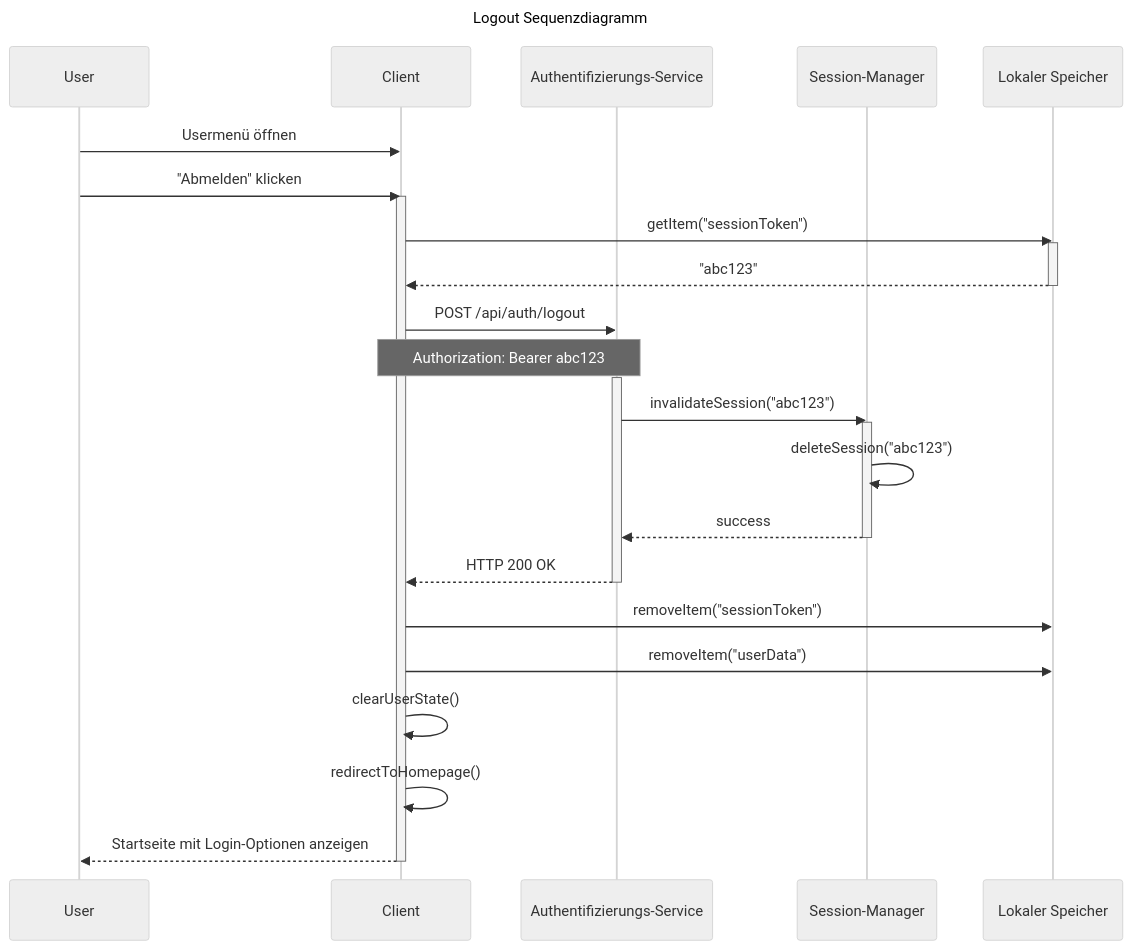
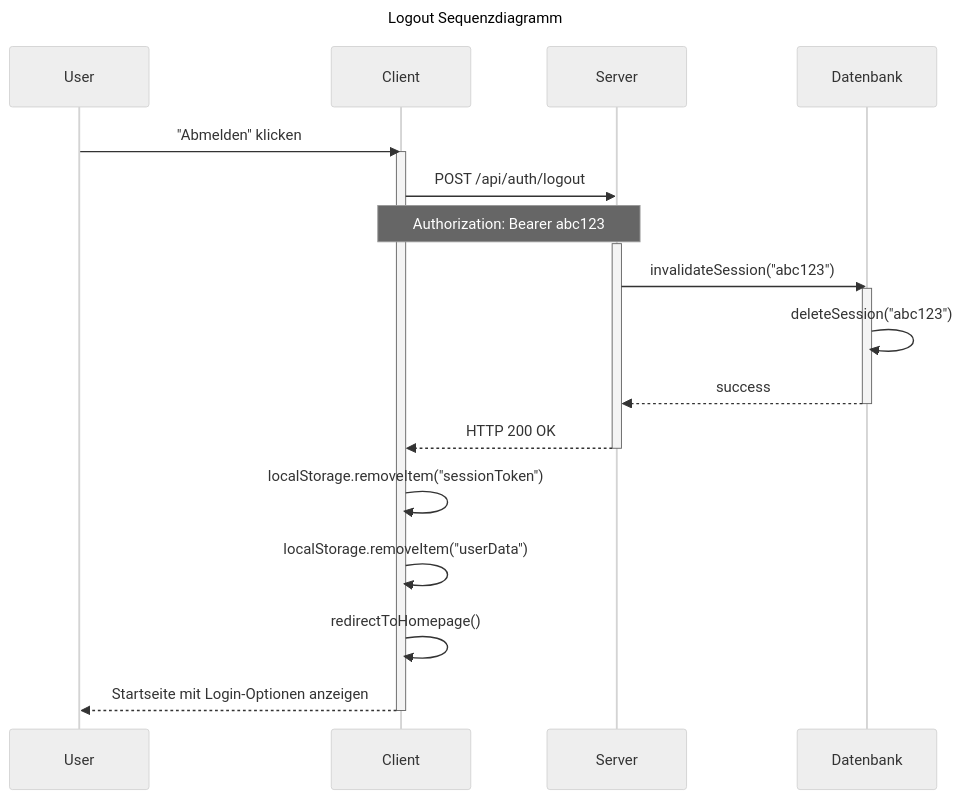
The diagram in srs/account_management/logout/logout.md (Hexfields-Studio/HexfieldsDominion-Artefacts), drawn with Mermaid (neutral theme) before and after one commit. The commit also changed 7 other files, not shown here.

Commit message:
Changed Sequence Diagrams, added logo to stand-in GitHub-Pages HTML

````diff
--- a/srs/account_management/logout/logout.md
+++ b/srs/account_management/logout/logout.md
@@ -28,39 +28,31 @@
 ```mermaid
 sequenceDiagram
     title Logout Sequenzdiagramm
 
     participant User
     participant Client
-    participant Auth as Authentifizierungs-Service
-    participant Sesh as Session-Manager
-    participant Local as Lokaler Speicher
+    participant Server
+    participant Datenbank
 
-    User->>Client: Usermenü öffnen
     User->>Client: "Abmelden" klicken
     activate Client
     
-    Client->>Local: getItem("sessionToken")
-    activate Local
-    Local-->>Client: "abc123"
-    deactivate Local
+    Client->>Server: POST /api/auth/logout
+    note over Client,Server: Authorization: Bearer abc123
+    activate Server
     
-    Client->>Auth: POST /api/auth/logout
-    note over Client,Auth: Authorization: Bearer abc123
-    activate Auth
+    Server->>Datenbank: invalidateSession("abc123")
+    activate Datenbank
+    Datenbank->>Datenbank: deleteSession("abc123")
+    Datenbank-->>Server: success
+    deactivate Datenbank
     
-    Auth->>Sesh: invalidateSession("abc123")
-    activate Sesh
-    Sesh->>Sesh: deleteSession("abc123")
-    Sesh-->>Auth: success
-    deactivate Sesh
+    Server-->>Client: HTTP 200 OK
+    deactivate Server
     
-    Auth-->>Client: HTTP 200 OK
-    deactivate Auth
-    
-    Client->>Local: removeItem("sessionToken")
-    Client->>Local: removeItem("userData")
-    Client->>Client: clearUserState()
+    Client->>Client: localStorage.removeItem("sessionToken")
+    Client->>Client: localStorage.removeItem("userData")
     Client->>Client: redirectToHomepage()
     Client-->>User: Startseite mit Login-Optionen anzeigen
     deactivate Client
 ```
````
